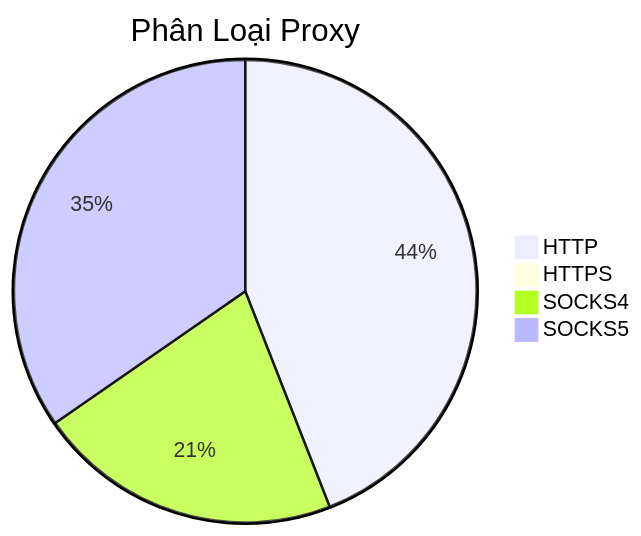
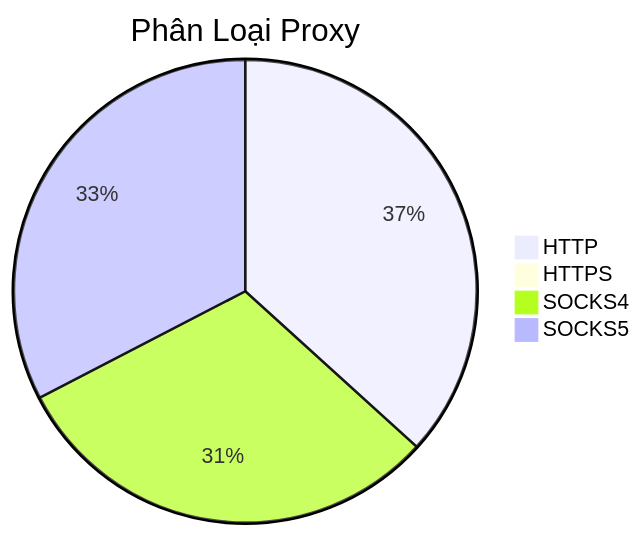
One commit to Ciara-12/PROXY-free changed the diagram in README.md. Above: the diagram before and after it, drawn with Mermaid. The commit also changed other lines of this file and 4 other files, not shown here.

````diff
--- a/README.md
+++ b/README.md
@@ -26,7 +26,7 @@
 ```mermaid
 pie title Phân Loại Proxy
-    "HTTP" : 445
+    "HTTP" : 321
     "HTTPS" : 1
-    "SOCKS4" : 215
-    "SOCKS5" : 350
+    "SOCKS4" : 268
+    "SOCKS5" : 285
 ```
````
